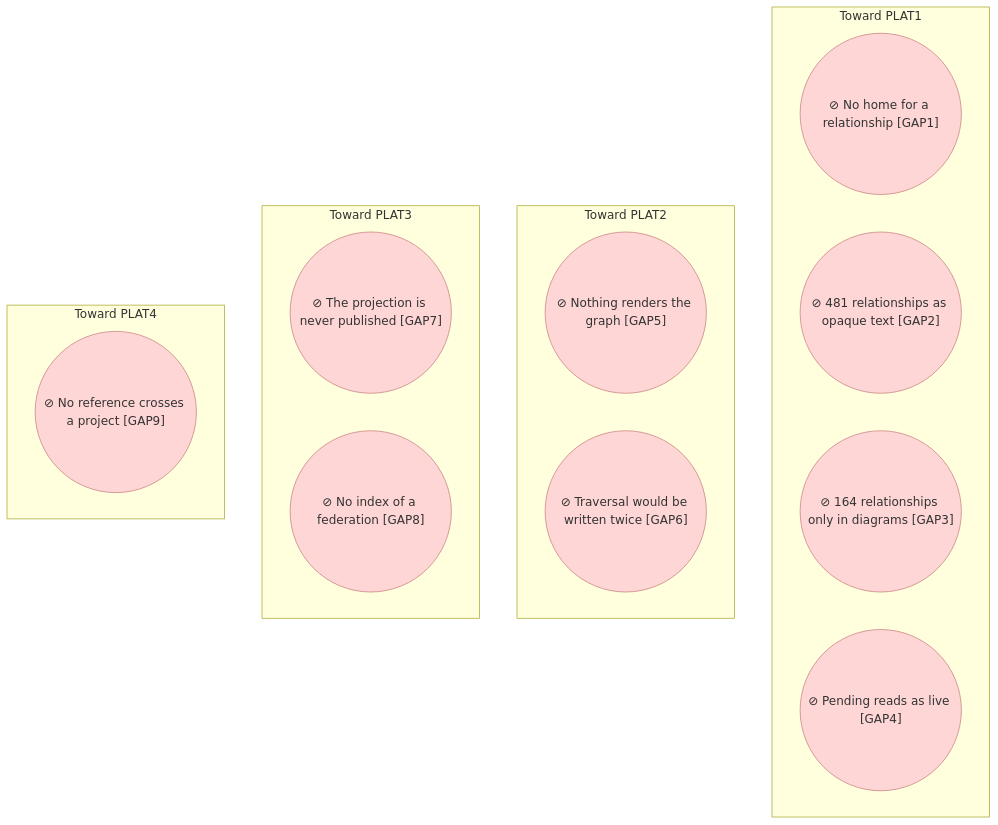
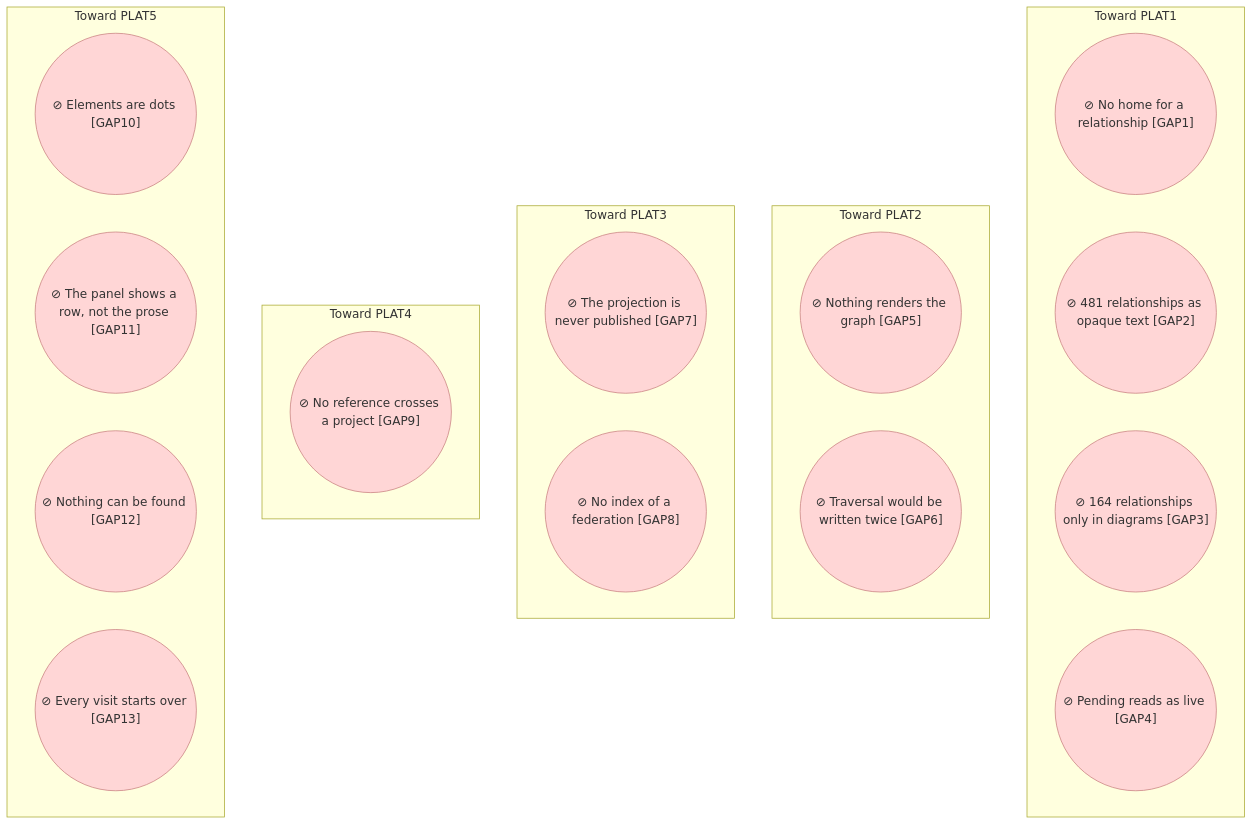
The third of 3 diagrams in product-archreator/architecture/roadmap/1_target-state.md (roanboc/architecture-archreator), drawn with Mermaid before and after one commit. The commit also changed other lines of this file and 15 other files, not shown here.

````diff
--- a/product-archreator/architecture/roadmap/1_target-state.md
+++ b/product-archreator/architecture/roadmap/1_target-state.md
@@ -94,22 +116,28 @@
 ```mermaid
 flowchart TB
   subgraph P1G["Toward PLAT1"]
     gap1(("⊘ No home for a relationship [GAP1]")):::gap
     gap2(("⊘ 481 relationships as opaque text [GAP2]")):::gap
     gap3(("⊘ 164 relationships only in diagrams [GAP3]")):::gap
     gap4(("⊘ Pending reads as live [GAP4]")):::gap
   end
   subgraph P2G["Toward PLAT2"]
     gap5(("⊘ Nothing renders the graph [GAP5]")):::gap
     gap6(("⊘ Traversal would be written twice [GAP6]")):::gap
   end
   subgraph P3G["Toward PLAT3"]
     gap7(("⊘ The projection is never published [GAP7]")):::gap
     gap8(("⊘ No index of a federation [GAP8]")):::gap
   end
   subgraph P4G["Toward PLAT4"]
     gap9(("⊘ No reference crosses a project [GAP9]")):::gap
   end
+  subgraph P5G["Toward PLAT5"]
+    gap10(("⊘ Elements are dots [GAP10]")):::gap
+    gap11(("⊘ The panel shows a row, not the prose [GAP11]")):::gap
+    gap12(("⊘ Nothing can be found [GAP12]")):::gap
+    gap13(("⊘ Every visit starts over [GAP13]")):::gap
+  end
 
   classDef gap fill:#ffd6d6,stroke:#c98080,color:#333
 ```
````
